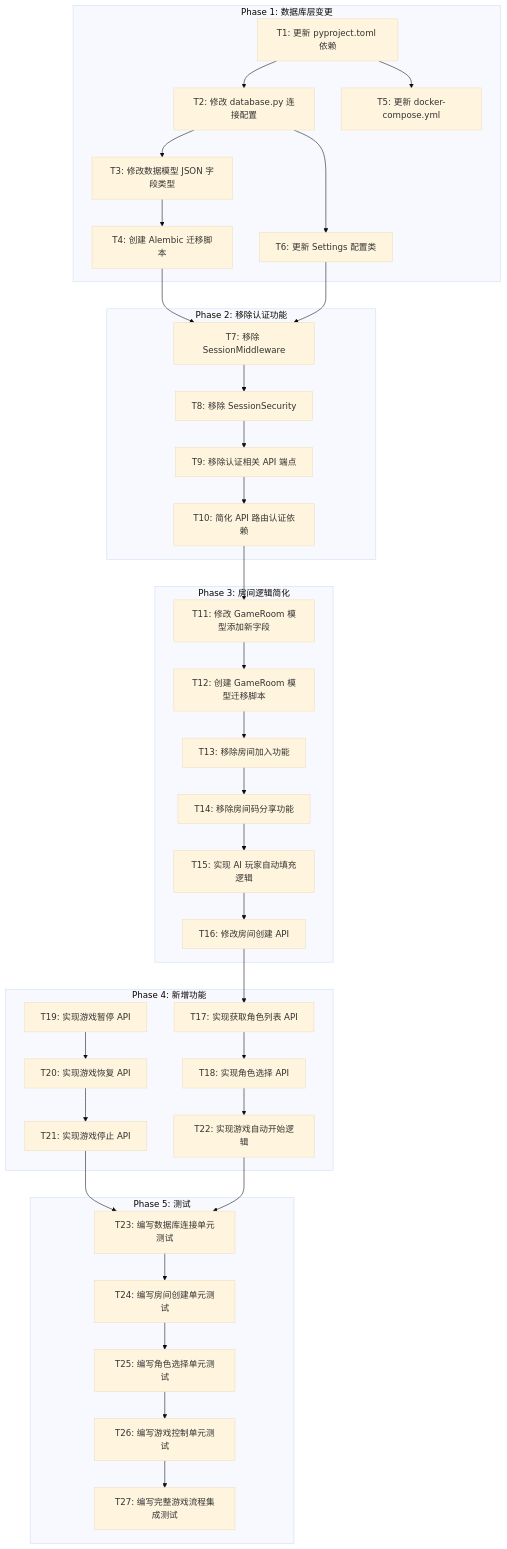
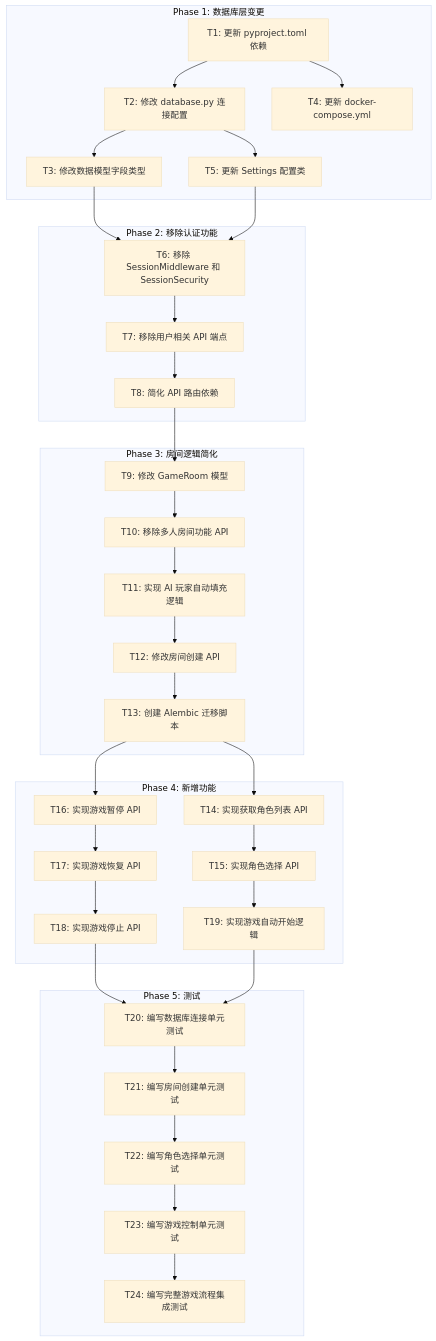
Before and after one commit to Fize/vbrpg: the diagram in specsai/feat-singleplayer-mode/task.md, drawn with Mermaid (base theme). The commit also changed other lines of this file, not shown here.

````diff
--- a/specsai/feat-singleplayer-mode/task.md
+++ b/specsai/feat-singleplayer-mode/task.md
@@ -5,77 +5,72 @@
 ```mermaid
 flowchart TD
     subgraph Phase1["Phase 1: 数据库层变更"]
         T1[T1: 更新 pyproject.toml 依赖]
         T2[T2: 修改 database.py 连接配置]
-        T3[T3: 修改数据模型 JSON 字段类型]
-        T4[T4: 创建 Alembic 迁移脚本]
-        T5[T5: 更新 docker-compose.yml]
-        T6[T6: 更新 Settings 配置类]
+        T3[T3: 修改数据模型字段类型]
+        T4[T4: 更新 docker-compose.yml]
+        T5[T5: 更新 Settings 配置类]
         
         T1 --> T2
         T2 --> T3
-        T3 --> T4
-        T1 --> T5
-        T2 --> T6
+        T1 --> T4
+        T2 --> T5
     end
 
     subgraph Phase2["Phase 2: 移除认证功能"]
-        T7[T7: 移除 SessionMiddleware]
-        T8[T8: 移除 SessionSecurity]
-        T9[T9: 移除认证相关 API 端点]
-        T10[T10: 简化 API 路由认证依赖]
+        T6[T6: 移除 SessionMiddleware 和 SessionSecurity]
+        T7[T7: 移除用户相关 API 端点]
+        T8[T8: 简化 API 路由依赖]
         
+        T6 --> T7
         T7 --> T8
-        T8 --> T9
-        T9 --> T10
     end
 
     subgraph Phase3["Phase 3: 房间逻辑简化"]
-        T11[T11: 修改 GameRoom 模型添加新字段]
-        T12[T12: 创建 GameRoom 模型迁移脚本]
-        T13[T13: 移除房间加入功能]
-        T14[T14: 移除房间码分享功能]
-        T15[T15: 实现 AI 玩家自动填充逻辑]
-        T16[T16: 修改房间创建 API]
+        T9[T9: 修改 GameRoom 模型]
+        T10[T10: 移除多人房间功能 API]
+        T11[T11: 实现 AI 玩家自动填充逻辑]
+        T12[T12: 修改房间创建 API]
+        T13[T13: 创建 Alembic 迁移脚本]
         
+        T9 --> T10
+        T10 --> T11
         T11 --> T12
         T12 --> T13
-        T13 --> T14
-        T14 --> T15
-        T15 --> T16
     end
 
     subgraph Phase4["Phase 4: 新增功能"]
-        T17[T17: 实现获取角色列表 API]
-        T18[T18: 实现角色选择 API]
-        T19[T19: 实现游戏暂停 API]
-        T20[T20: 实现游戏恢复 API]
-        T21[T21: 实现游戏停止 API]
-        T22[T22: 实现游戏自动开始逻辑]
+        T14[T14: 实现获取角色列表 API]
+        T15[T15: 实现角色选择 API]
+        T16[T16: 实现游戏暂停 API]
+        T17[T17: 实现游戏恢复 API]
+        T18[T18: 实现游戏停止 API]
+        T19[T19: 实现游戏自动开始逻辑]
         
+        T14 --> T15
+        T15 --> T19
+        T16 --> T17
         T17 --> T18
-        T18 --> T22
-        T19 --> T20
-        T20 --> T21
     end
 
     subgraph Phase5["Phase 5: 测试"]
-        T23[T23: 编写数据库连接单元测试]
-        T24[T24: 编写房间创建单元测试]
-        T25[T25: 编写角色选择单元测试]
-        T26[T26: 编写游戏控制单元测试]
-        T27[T27: 编写完整游戏流程集成测试]
+        T20[T20: 编写数据库连接单元测试]
+        T21[T21: 编写房间创建单元测试]
+        T22[T22: 编写角色选择单元测试]
+        T23[T23: 编写游戏控制单元测试]
+        T24[T24: 编写完整游戏流程集成测试]
     end
 
     %% Phase 依赖
-    T4 --> T7
-    T6 --> T7
-    T10 --> T11
-    T16 --> T17
-    T21 --> T23
+    T3 --> T6
+    T5 --> T6
+    T8 --> T9
+    T13 --> T14
+    T13 --> T16
+    T18 --> T20
+    T19 --> T20
+    T20 --> T21
+    T21 --> T22
     T22 --> T23
     T23 --> T24
-    T24 --> T25
-    T25 --> T26
-    T26 --> T27
 ```
````
